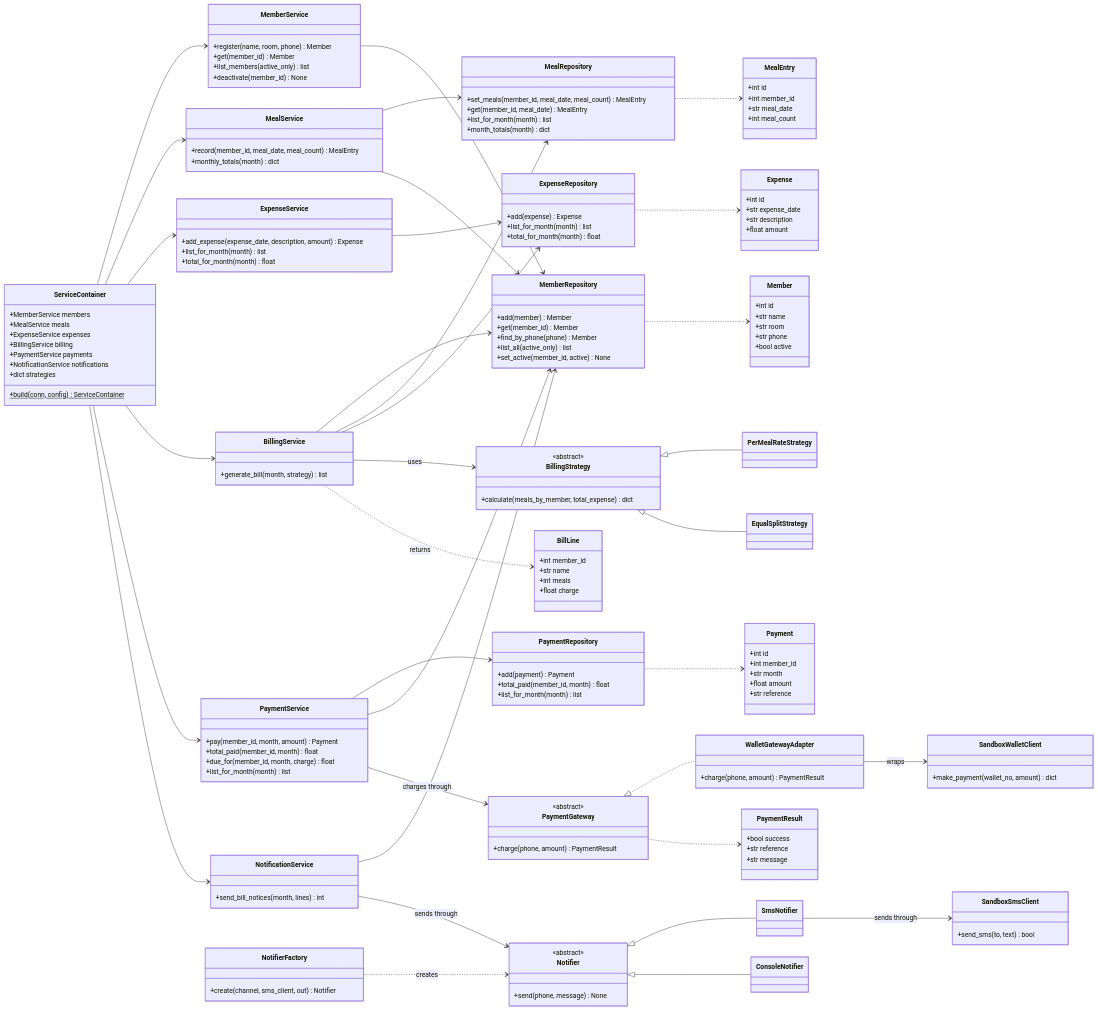
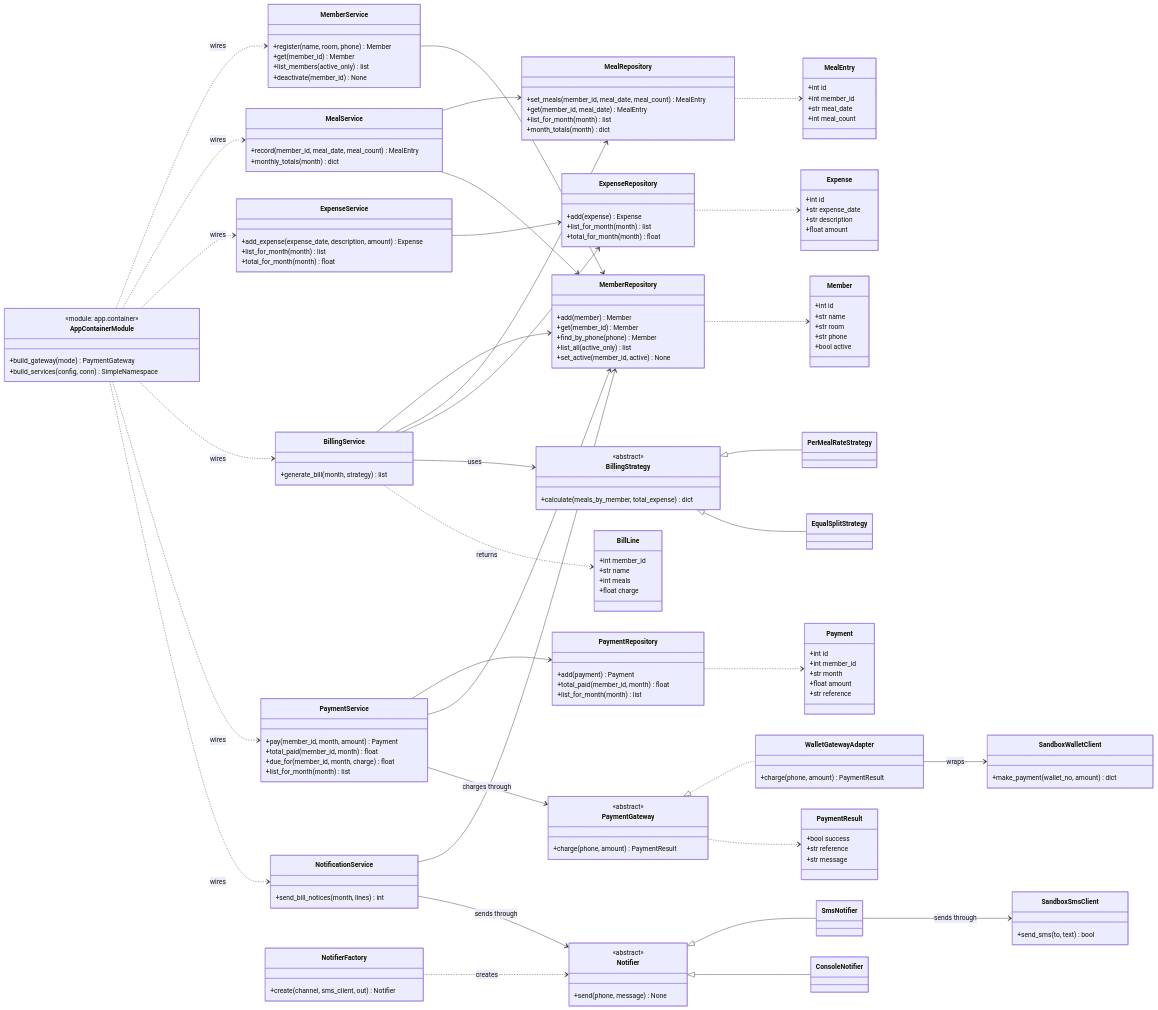
The diagram in docs/uml/class-diagram.md (argh-finds404/messmate), drawn with Mermaid before and after one commit. The commit also changed other lines of this file and 6 other files, not shown here.

Commit message:
docs: align README, UML, design and mutation docs with actual codebase

```diff
--- a/docs/uml/class-diagram.md
+++ b/docs/uml/class-diagram.md
@@ -127,15 +127,10 @@
         +create(channel, sms_client, out) Notifier
     }
 
-    class ServiceContainer {
-        +MemberService members
-        +MealService meals
-        +ExpenseService expenses
-        +BillingService billing
-        +PaymentService payments
-        +NotificationService notifications
-        +dict strategies
-        +build(conn, config)$ ServiceContainer
+    class AppContainerModule {
+        <<module: app.container>>
+        +build_gateway(mode) PaymentGateway
+        +build_services(config, conn) SimpleNamespace
     }
 
     MemberService --> MemberRepository
@@ -165,12 +160,12 @@
     SmsNotifier --> SandboxSmsClient : sends through
     NotifierFactory ..> Notifier : creates
 
-    ServiceContainer --> MemberService
-    ServiceContainer --> MealService
-    ServiceContainer --> ExpenseService
-    ServiceContainer --> BillingService
-    ServiceContainer --> PaymentService
-    ServiceContainer --> NotificationService
+    AppContainerModule ..> MemberService : wires
+    AppContainerModule ..> MealService : wires
+    AppContainerModule ..> ExpenseService : wires
+    AppContainerModule ..> BillingService : wires
+    AppContainerModule ..> PaymentService : wires
+    AppContainerModule ..> NotificationService : wires
 
     MemberRepository ..> Member
     MealRepository ..> MealEntry
```
